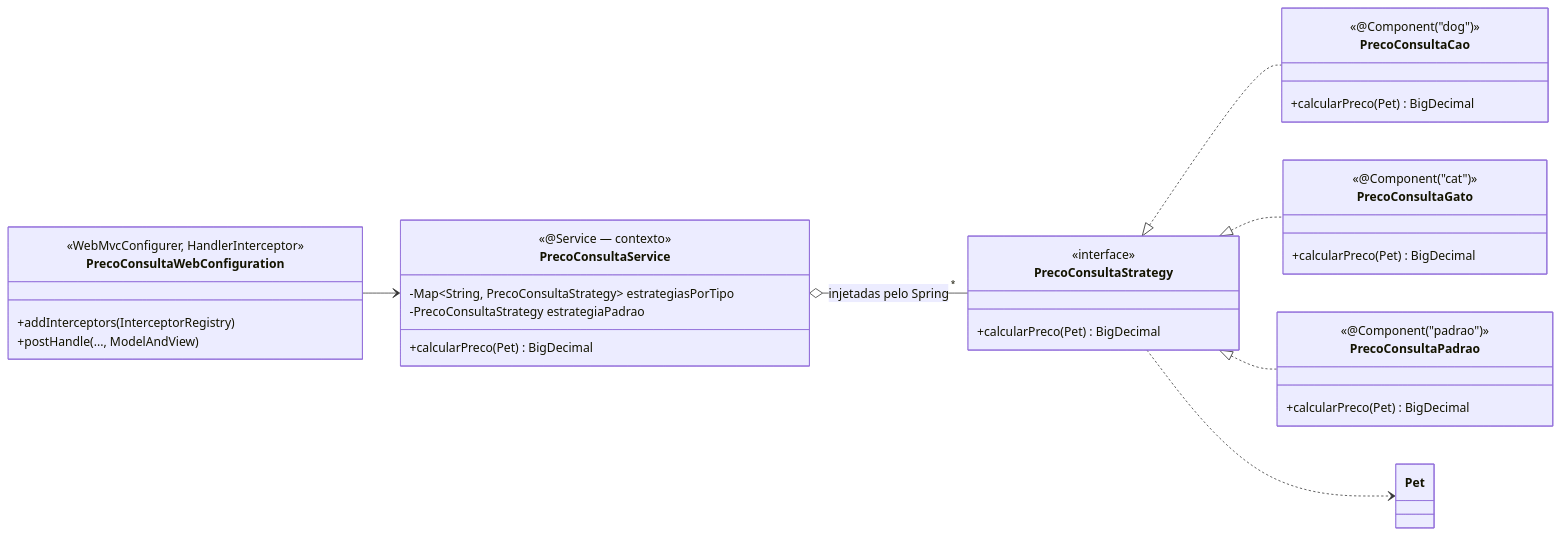
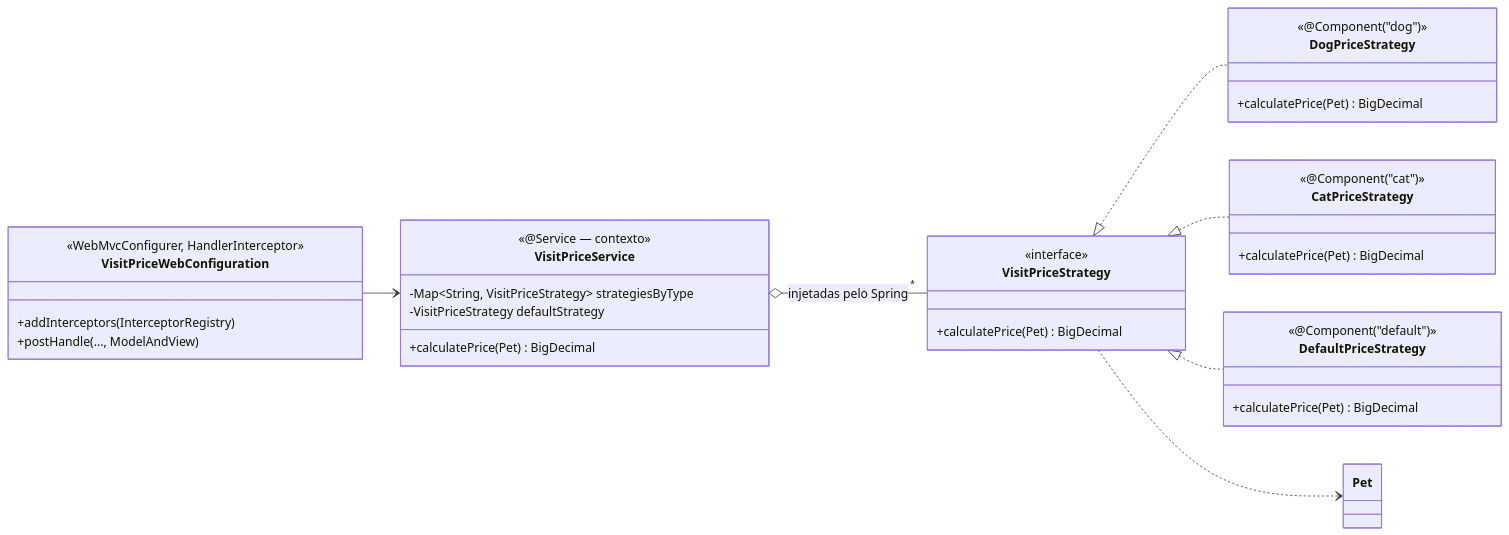
The seventh of 8 diagrams in ESTUDO-DE-CASO.md (GabrielKayran/spring-petclinic), drawn with Mermaid before and after one commit. The commit also changed other lines of this file and 115 other files, not shown here.

````diff
--- a/ESTUDO-DE-CASO.md
+++ b/ESTUDO-DE-CASO.md
@@ -344,38 +344,38 @@
 ```mermaid
 classDiagram
     direction LR
-    class PrecoConsultaStrategy {
+    class VisitPriceStrategy {
         <<interface>>
-        +calcularPreco(Pet) BigDecimal
+        +calculatePrice(Pet) BigDecimal
     }
-    class PrecoConsultaCao {
+    class DogPriceStrategy {
         <<@Component("dog")>>
-        +calcularPreco(Pet) BigDecimal
+        +calculatePrice(Pet) BigDecimal
     }
-    class PrecoConsultaGato {
+    class CatPriceStrategy {
         <<@Component("cat")>>
-        +calcularPreco(Pet) BigDecimal
+        +calculatePrice(Pet) BigDecimal
     }
-    class PrecoConsultaPadrao {
-        <<@Component("padrao")>>
-        +calcularPreco(Pet) BigDecimal
+    class DefaultPriceStrategy {
+        <<@Component("default")>>
+        +calculatePrice(Pet) BigDecimal
     }
-    class PrecoConsultaService {
+    class VisitPriceService {
         <<@Service — contexto>>
-        -Map~String, PrecoConsultaStrategy~ estrategiasPorTipo
-        -PrecoConsultaStrategy estrategiaPadrao
-        +calcularPreco(Pet) BigDecimal
+        -Map~String, VisitPriceStrategy~ strategiesByType
+        -VisitPriceStrategy defaultStrategy
+        +calculatePrice(Pet) BigDecimal
     }
-    class PrecoConsultaWebConfiguration {
+    class VisitPriceWebConfiguration {
         <<WebMvcConfigurer, HandlerInterceptor>>
         +addInterceptors(InterceptorRegistry)
         +postHandle(..., ModelAndView)
     }
     class Pet
-    PrecoConsultaStrategy <|.. PrecoConsultaCao
-    PrecoConsultaStrategy <|.. PrecoConsultaGato
-    PrecoConsultaStrategy <|.. PrecoConsultaPadrao
-    PrecoConsultaService o-- "*" PrecoConsultaStrategy : injetadas pelo Spring
-    PrecoConsultaWebConfiguration --> PrecoConsultaService
-    PrecoConsultaStrategy ..> Pet
+    VisitPriceStrategy <|.. DogPriceStrategy
+    VisitPriceStrategy <|.. CatPriceStrategy
+    VisitPriceStrategy <|.. DefaultPriceStrategy
+    VisitPriceService o-- "*" VisitPriceStrategy : injetadas pelo Spring
+    VisitPriceWebConfiguration --> VisitPriceService
+    VisitPriceStrategy ..> Pet
 ```
````
